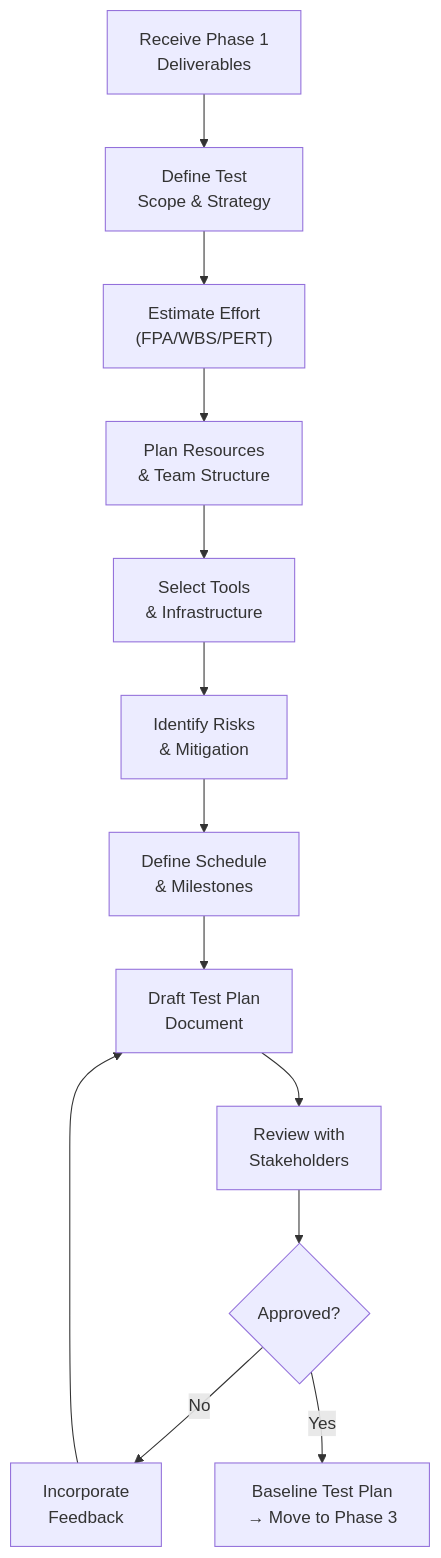
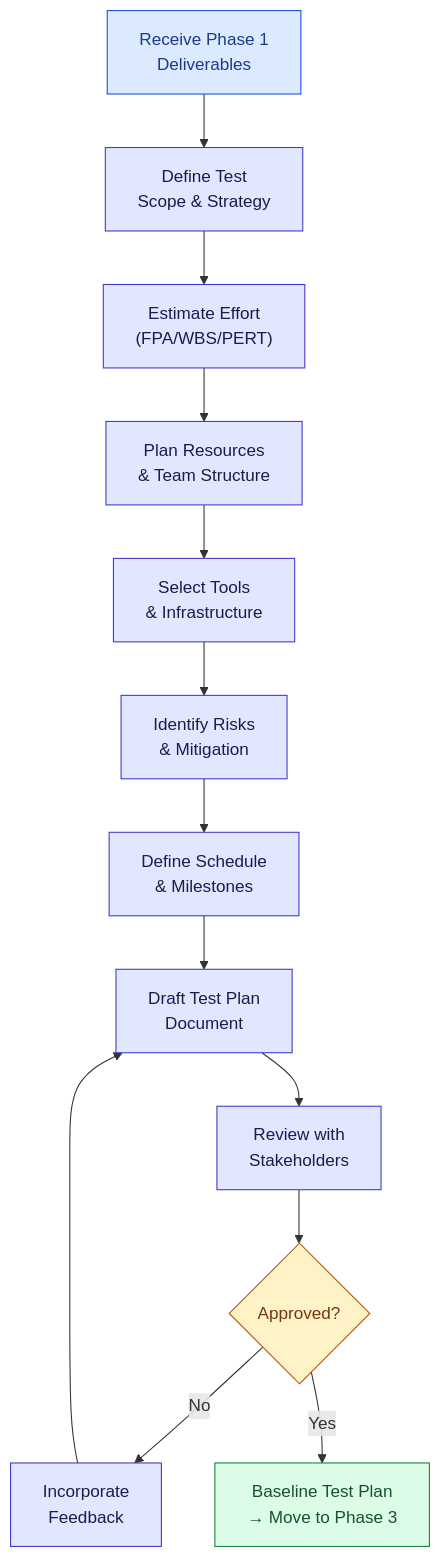
One commit to ghanendra-sdet/manual-testing-playbook changed the third of 10 diagrams in Part_03_STLC.md. Above: the diagram before and after it, drawn with Mermaid. The commit also changed other lines of this file and 15 other files, not shown here.

Commit message:
Fix broken routes and anchors; update OWASP 2025, ISTQB v4.0, WCAG 2.2, Jira/Zephyr naming and pricing; style diagrams

````diff
--- a/Part_03_STLC.md
+++ b/Part_03_STLC.md
@@ -659,15 +671,25 @@
 ```mermaid
 flowchart TD
-    A["Receive Phase 1\nDeliverables"] --> B["Define Test\nScope & Strategy"]
-    B --> C["Estimate Effort\n(FPA/WBS/PERT)"]
-    C --> D["Plan Resources\n& Team Structure"]
-    D --> E["Select Tools\n& Infrastructure"]
-    E --> F["Identify Risks\n& Mitigation"]
-    F --> G["Define Schedule\n& Milestones"]
-    G --> H["Draft Test Plan\nDocument"]
-    H --> I["Review with\nStakeholders"]
+    A["Receive Phase 1<br/>Deliverables"] --> B["Define Test<br/>Scope & Strategy"]
+    B --> C["Estimate Effort<br/>(FPA/WBS/PERT)"]
+    C --> D["Plan Resources<br/>& Team Structure"]
+    D --> E["Select Tools<br/>& Infrastructure"]
+    E --> F["Identify Risks<br/>& Mitigation"]
+    F --> G["Define Schedule<br/>& Milestones"]
+    G --> H["Draft Test Plan<br/>Document"]
+    H --> I["Review with<br/>Stakeholders"]
     I --> J{"Approved?"}
-    J -- No --> K["Incorporate\nFeedback"]
+    J -- No --> K["Incorporate<br/>Feedback"]
     K --> H
-    J -- Yes --> L["Baseline Test Plan\n→ Move to Phase 3"]
+    J -- Yes --> L["Baseline Test Plan<br/>→ Move to Phase 3"]
+
+    classDef start fill:#dbeafe,stroke:#1d4ed8,color:#1e3a8a
+    classDef step fill:#e0e7ff,stroke:#4338ca,color:#1e1b4b
+    classDef decision fill:#fef3c7,stroke:#b45309,color:#78350f
+    classDef good fill:#dcfce7,stroke:#15803d,color:#14532d
+    classDef bad fill:#fee2e2,stroke:#b91c1c,color:#7f1d1d
+    class A start
+    class B,C,D,E,F,G,H,I,K step
+    class J decision
+    class L good
 ```
````
